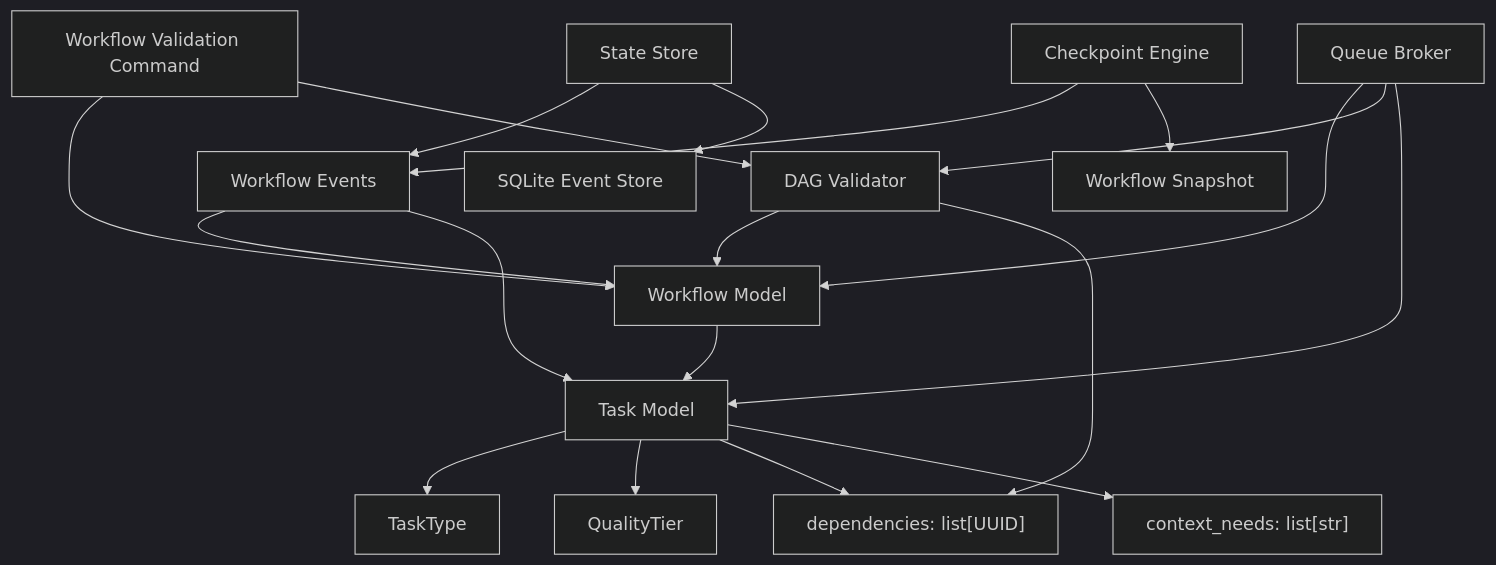
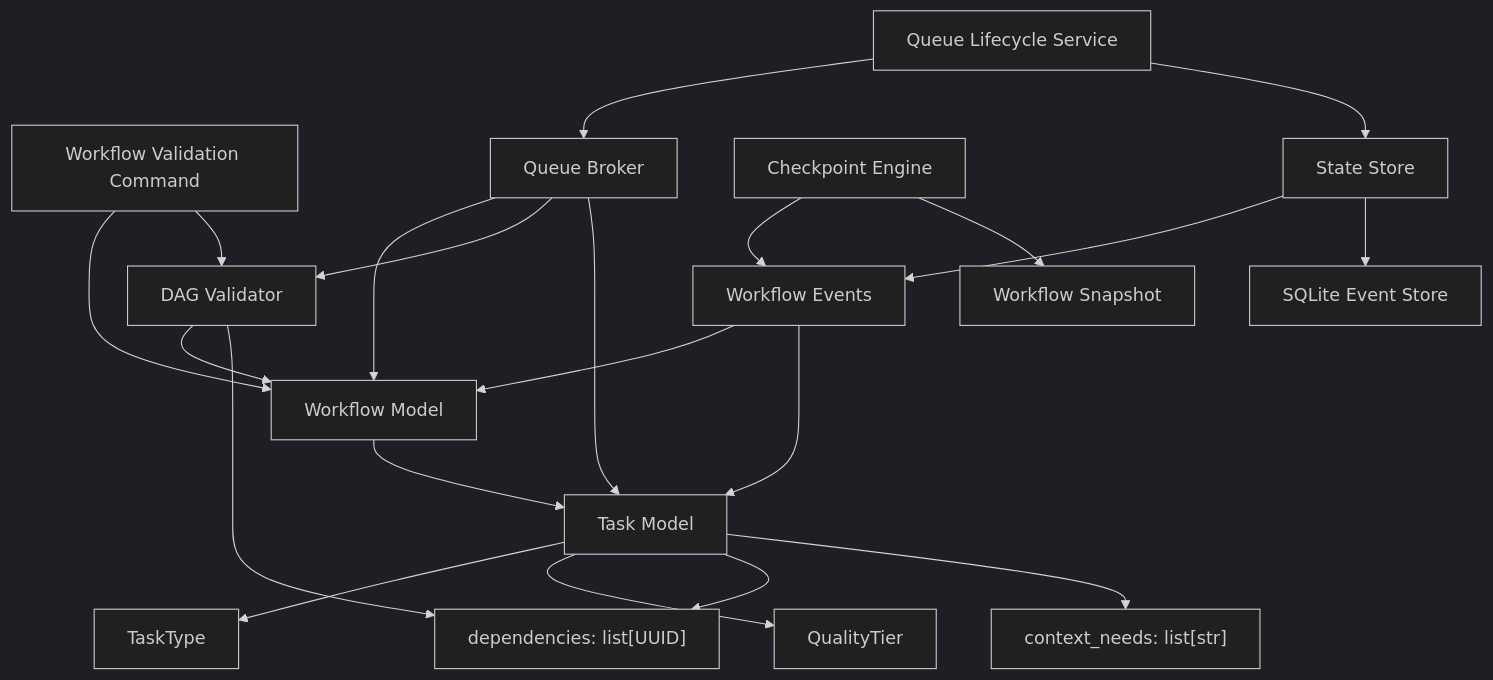
The diagram in docs/05_Components.md (knishkarora/Ather-OS), drawn with Mermaid (dark theme) before and after one commit. The commit also changed other lines of this file and 14 other files, not shown here.

Commit message:
ADDED: Queue broker now get connected with the state store and workflow submission events, task claim/completion events, dependency unblocking events, and invalid completion handling.

````diff
--- a/docs/05_Components.md
+++ b/docs/05_Components.md
@@ -163,21 +164,23 @@
 ```mermaid
 flowchart TD
     Workflow["Workflow Model"] --> Task["Task Model"]
     Task --> TaskType["TaskType"]
     Task --> QualityTier["QualityTier"]
     Task --> Dependencies["dependencies: list[UUID]"]
     Task --> ContextNeeds["context_needs: list[str]"]
     Validator["DAG Validator"] --> Workflow
     Validator --> Dependencies
     Command["Workflow Validation Command"] --> Workflow
     Command --> Validator
     StateStore["State Store"] --> Events["Workflow Events"]
     StateStore --> SQLite["SQLite Event Store"]
     Events --> Workflow
     Events --> Task
     Checkpoint["Checkpoint Engine"] --> Events
     Checkpoint --> Snapshot["Workflow Snapshot"]
     Queue["Queue Broker"] --> Workflow
     Queue --> Validator
     Queue --> Task
+    QueueLifecycle["Queue Lifecycle Service"] --> Queue
+    QueueLifecycle --> StateStore
 ```
````
